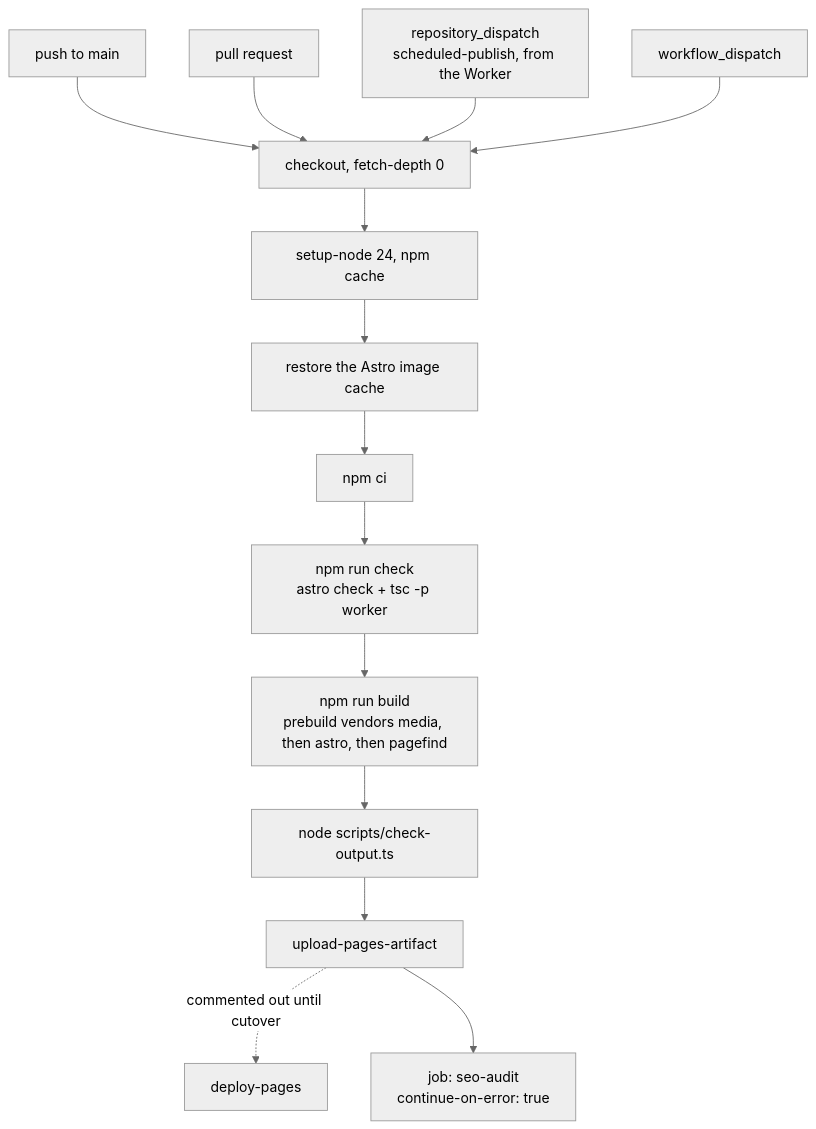
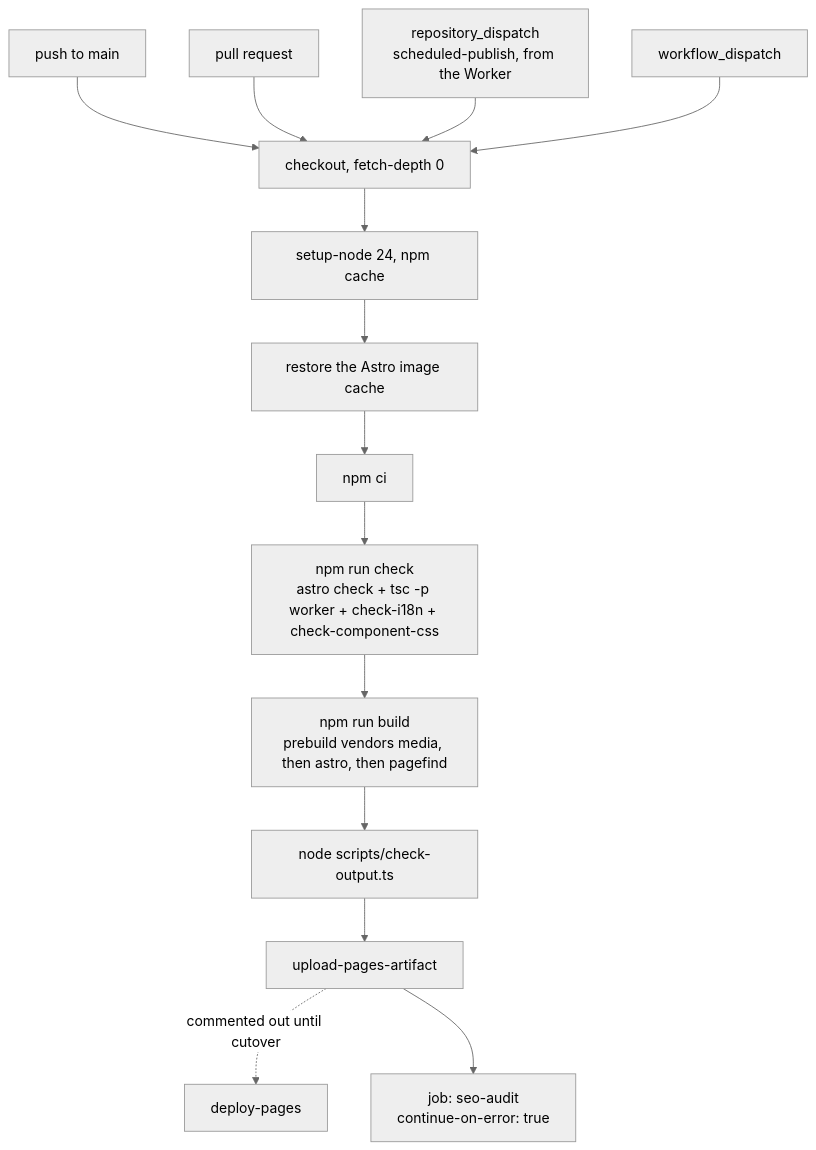
Before and after one commit to khaosdoctor/blog: the first of 3 diagrams in docs/ci.md, drawn with Mermaid (neutral theme). The commit also changed other lines of this file and 4 other files, not shown here.

````diff
--- a/docs/ci.md
+++ b/docs/ci.md
@@ -12,16 +12,16 @@
 ```mermaid
 flowchart TD
   T1["push to main"] --> C
   T2["pull request"] --> C
   T3["repository_dispatch<br/>scheduled-publish, from the Worker"] --> C
   T4["workflow_dispatch"] --> C
   C["checkout, fetch-depth 0"] --> N["setup-node 24, npm cache"]
   N --> K["restore the Astro image cache"]
   K --> I["npm ci"]
-  I --> CH["npm run check<br/>astro check + tsc -p worker"]
+  I --> CH["npm run check<br/>astro check + tsc -p worker + check-i18n + check-component-css"]
   CH --> B["npm run build<br/>prebuild vendors media, then astro, then pagefind"]
   B --> G["node scripts/check-output.ts"]
   G --> A["upload-pages-artifact"]
   A -.->|"commented out until cutover"| D["deploy-pages"]
   A --> S["job: seo-audit<br/>continue-on-error: true"]
 ```
````
